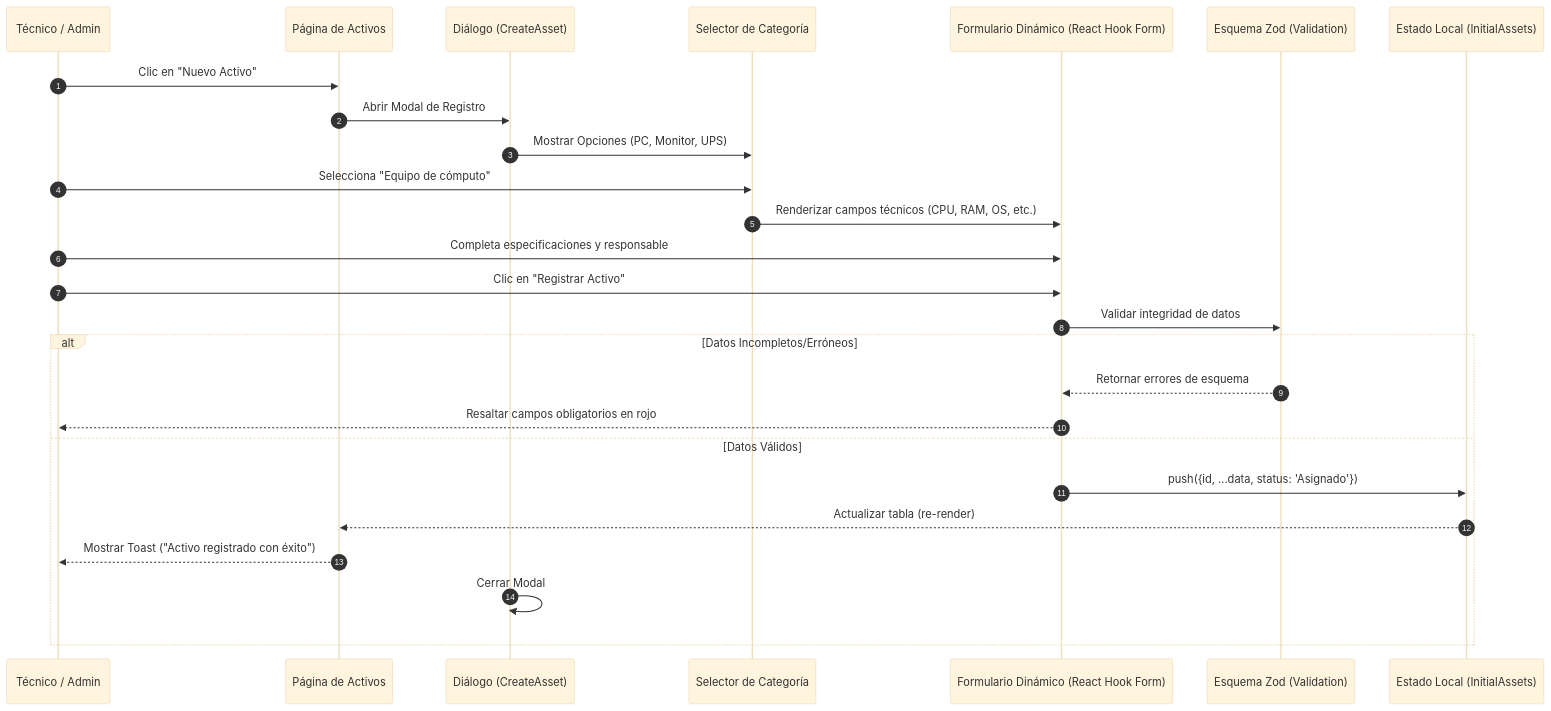
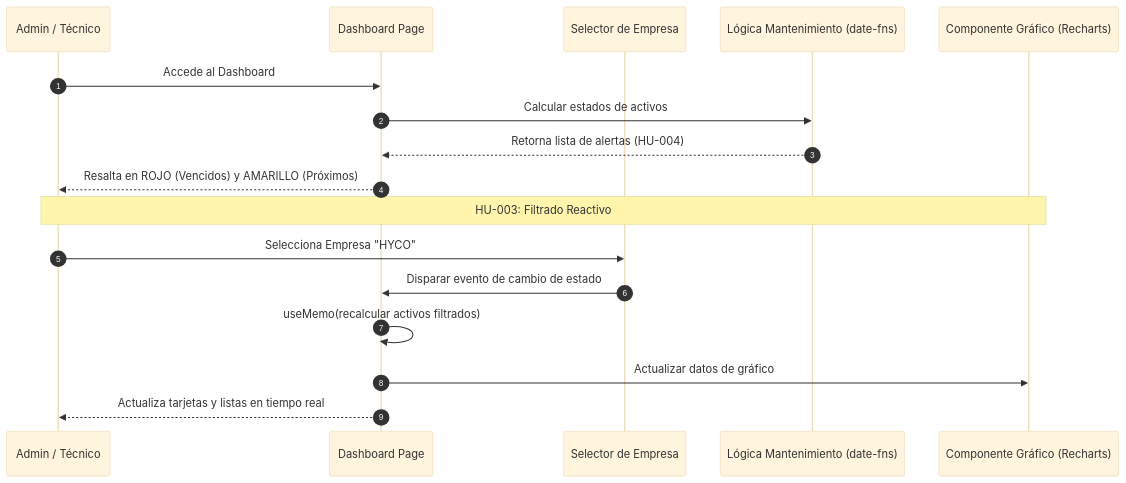
One commit to KaicerPirata/Proyecto changed the second of 5 diagrams in DIAGRAMAS.md. Above: the diagram before and after it, drawn with Mermaid (base theme). The commit also changed other lines of this file, not shown here.

Commit message:
porfavor hacer diagramas que te pedi con estos puntos HU-001	Usuario (To

````diff
--- a/DIAGRAMAS.md
+++ b/DIAGRAMAS.md
@@ -49,29 +50,21 @@
 ```mermaid
 sequenceDiagram
     autonumber
-    participant T as Técnico / Admin
-    participant P as Página de Activos
-    participant D as Diálogo (CreateAsset)
-    participant S as Selector de Categoría
-    participant F as Formulario Dinámico (React Hook Form)
-    participant Z as Esquema Zod (Validation)
-    participant ST as Estado Local (InitialAssets)
+    participant T as Admin / Técnico
+    participant D as Dashboard Page
+    participant S as Selector de Empresa
+    participant LM as Lógica Mantenimiento (date-fns)
+    participant C as Componente Gráfico (Recharts)
 
-    T->>P: Clic en "Nuevo Activo"
-    P->>D: Abrir Modal de Registro
-    D->>S: Mostrar Opciones (PC, Monitor, UPS)
-    T->>S: Selecciona "Equipo de cómputo"
-    S->>F: Renderizar campos técnicos (CPU, RAM, OS, etc.)
-    T->>F: Completa especificaciones y responsable
-    T->>F: Clic en "Registrar Activo"
-    F->>Z: Validar integridad de datos
-    alt Datos Incompletos/Erróneos
-        Z-->>F: Retornar errores de esquema
-        F-->>T: Resaltar campos obligatorios en rojo
-    else Datos Válidos
-        F->>ST: push({id, ...data, status: 'Asignado'})
-        ST-->>P: Actualizar tabla (re-render)
-        P-->>T: Mostrar Toast ("Activo registrado con éxito")
-        D->>D: Cerrar Modal
-    end
+    T->>D: Accede al Dashboard
+    D->>LM: Calcular estados de activos
+    LM-->>D: Retorna lista de alertas (HU-004)
+    D-->>T: Resalta en ROJO (Vencidos) y AMARILLO (Próximos)
+    
+    Note over T, C: HU-003: Filtrado Reactivo
+    T->>S: Selecciona Empresa "HYCO"
+    S->>D: Disparar evento de cambio de estado
+    D->>D: useMemo(recalcular activos filtrados)
+    D->>C: Actualizar datos de gráfico
+    D-->>T: Actualiza tarjetas y listas en tiempo real
 ```
````
